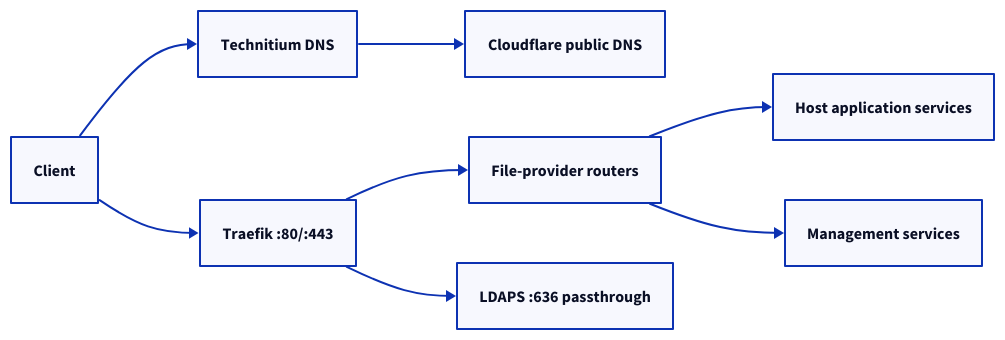
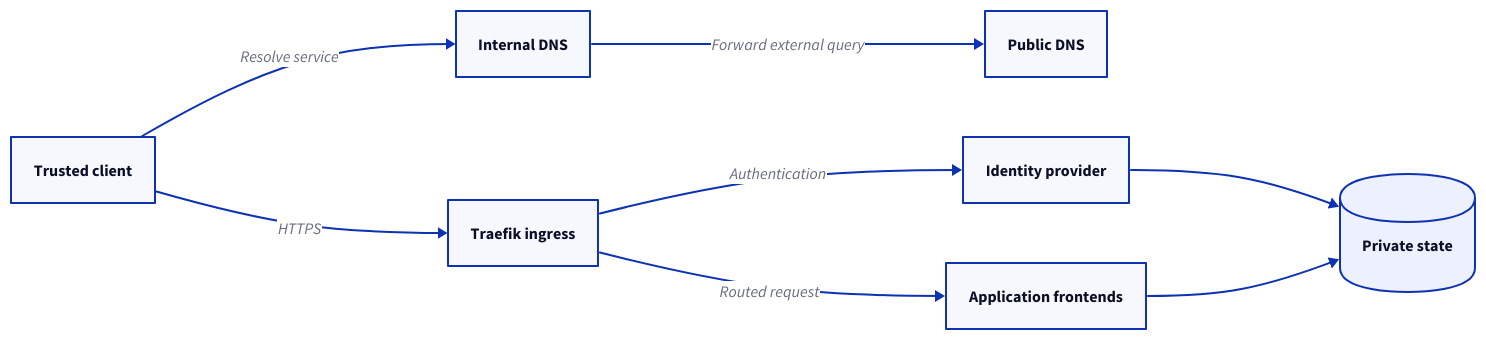
The diagram in src/content/homelab/networking.md (marcusw0/marcusw0.github.io), drawn with D2 before and after one commit. The commit also changed other lines of this file and 40 other files, not shown here.

````diff
--- a/src/content/homelab/networking.md
+++ b/src/content/homelab/networking.md
@@ -15,20 +15,19 @@
-```d2
+```d2 title="DNS, ingress, and private service flow"
 direction: right
 
-client: Client
-dns: Technitium DNS
-cloudflare: Cloudflare public DNS
-traefik: "Traefik :80/:443"
-routes: File-provider routers
-hostservices: Host application services
-management: Management services
-ldaps: "LDAPS :636 passthrough"
+client: Trusted client
+dns: Internal DNS
+publicdns: Public DNS
+proxy: Traefik ingress
+identity: Identity provider
+apps: Application frontends
+state: Private state { shape: cylinder }
 
-client -> dns
-dns -> cloudflare
-client -> traefik
-traefik -> routes
-routes -> hostservices
-routes -> management
-traefik -> ldaps
+client -> dns: Resolve service
+dns -> publicdns: Forward external query
+client -> proxy: HTTPS
+proxy -> identity: Authentication
+proxy -> apps: Routed request
+identity -> state
+apps -> state
 ```
````
